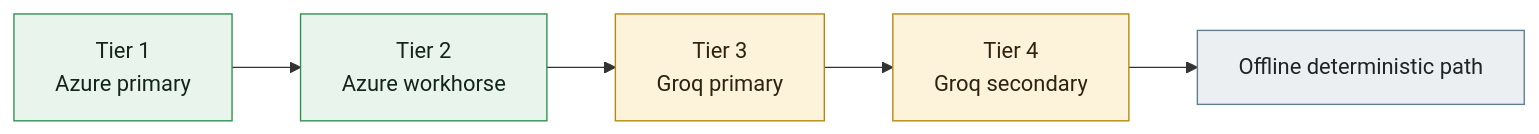
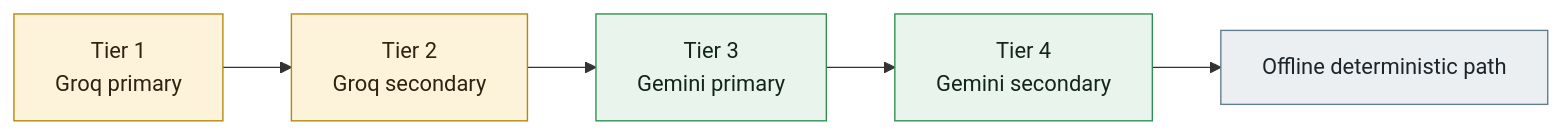
The sixth of 10 diagrams in README.md (NithishaVenkatesh/athenaeum-multi-agent-system), drawn with Mermaid before and after one commit. The commit also changed other lines of this file and 65 other files, not shown here.

First line of the commit message:
feat: run on free-tier APIs after Azure credits ended

````diff
--- a/README.md
+++ b/README.md
@@ -302,11 +302,11 @@
 ```mermaid
 flowchart LR
     classDef az fill:#e9f5ec,stroke:#2f8f4e,color:#13251a
     classDef gq fill:#fcf3da,stroke:#b8860b,color:#2c2310
     classDef off fill:#eceff1,stroke:#607d8b,color:#1c2429
 
-    T1["Tier 1<br/>Azure primary"]:::az --> T2["Tier 2<br/>Azure workhorse"]:::az
-    T2 --> T3["Tier 3<br/>Groq primary"]:::gq
-    T3 --> T4["Tier 4<br/>Groq secondary"]:::gq
+    T1["Tier 1<br/>Groq primary"]:::gq --> T2["Tier 2<br/>Groq secondary"]:::gq
+    T2 --> T3["Tier 3<br/>Gemini primary"]:::az
+    T3 --> T4["Tier 4<br/>Gemini secondary"]:::az
     T4 --> OFF["Offline deterministic path"]:::off
 ```
````
